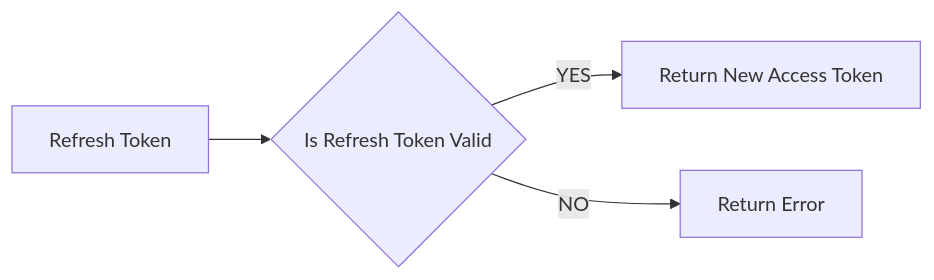
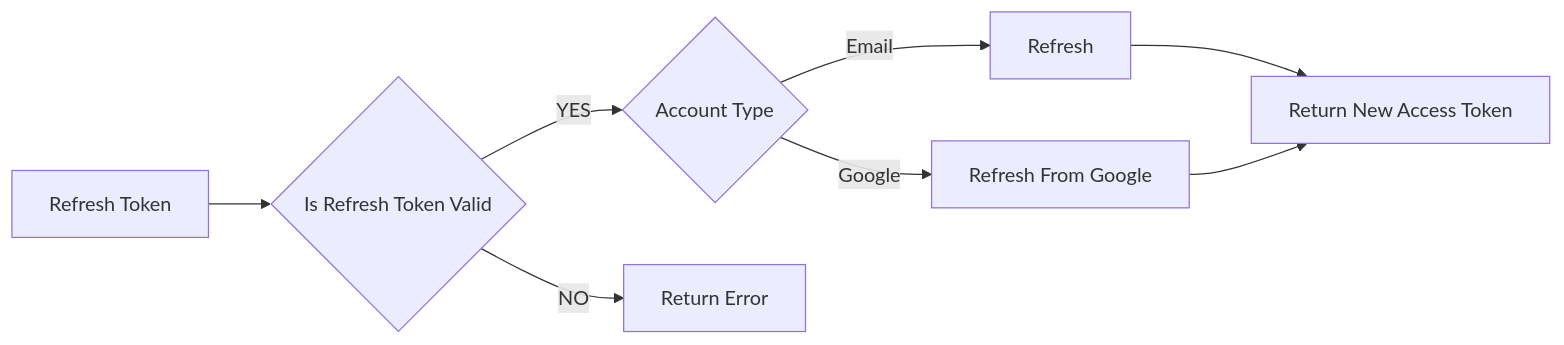
The fourth of 4 diagrams in README.md (scottliu207/simple_user_sys), drawn with Mermaid before and after one commit.

Commit message:
refresh flow

````diff
--- a/README.md
+++ b/README.md
@@ -111,6 +111,8 @@
 ```mermaid
 graph LR
 A[Refresh Token] -->B{Is Refresh Token Valid}
-B-- YES--> C[Return New Access Token]
-B-- NO--> D[Return Error]
+B-- YES--> C{Account Type}
+C--Email-->D[Refresh]-->F[Return New Access Token]
+C--Google-->E[Refresh From Google]-->F[Return New Access Token]
+B-- NO--> Q[Return Error]
 ```
````
